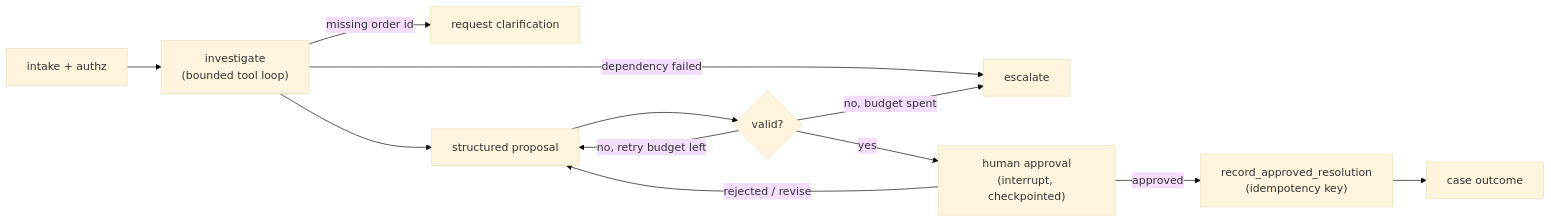
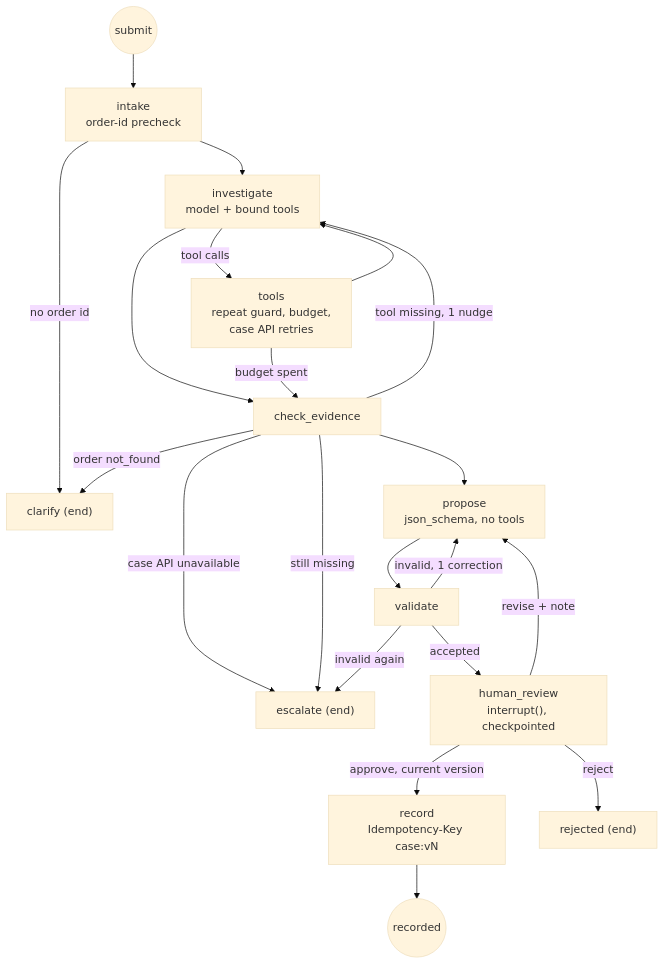
One commit to ned1313/Deploying-and-Operating-Small-Language-Model-Systems changed the ninth of 10 diagrams in ARCHITECTURE.md. Above: the diagram before and after it, drawn with Mermaid (base theme). The commit also changed other lines of this file and 88 other files, not shown here.

````diff
--- a/ARCHITECTURE.md
+++ b/ARCHITECTURE.md
@@ -224,14 +258,23 @@
 ```mermaid
-flowchart LR
-    Intake["intake + authz"] --> Investigate["investigate<br/>(bounded tool loop)"]
-    Investigate -->|missing order id| Clarify["request clarification"]
-    Investigate -->|dependency failed| Escalate["escalate"]
-    Investigate --> Propose["structured proposal"]
-    Propose --> Validate{"valid?"}
-    Validate -->|no, retry budget left| Propose
-    Validate -->|no, budget spent| Escalate
-    Validate -->|yes| Approve["human approval<br/>(interrupt, checkpointed)"]
-    Approve -->|approved| Record["record_approved_resolution<br/>(idempotency key)"]
-    Approve -->|rejected / revise| Propose
-    Record --> Done["case outcome"]
+flowchart TB
+    Start((submit)) --> Intake["intake<br/>order-id precheck"]
+    Intake -->|no order id| Clarify["clarify (end)"]
+    Intake --> Inv["investigate<br/>model + bound tools"]
+    Inv -->|tool calls| Tools["tools<br/>repeat guard, budget,<br/>case API retries"]
+    Tools --> Inv
+    Inv --> Check["check_evidence"]
+    Tools -->|budget spent| Check
+    Check -->|order not_found| Clarify
+    Check -->|case API unavailable| Esc["escalate (end)"]
+    Check -->|tool missing, 1 nudge| Inv
+    Check -->|still missing| Esc
+    Check --> Propose["propose<br/>json_schema, no tools"]
+    Propose --> Val["validate"]
+    Val -->|invalid, 1 correction| Propose
+    Val -->|invalid again| Esc
+    Val -->|accepted| Review["human_review<br/>interrupt(), checkpointed"]
+    Review -->|approve, current version| Record["record<br/>Idempotency-Key case:vN"]
+    Review -->|revise + note| Propose
+    Review -->|reject| Rejected["rejected (end)"]
+    Record --> Done((recorded))
 ```
````
